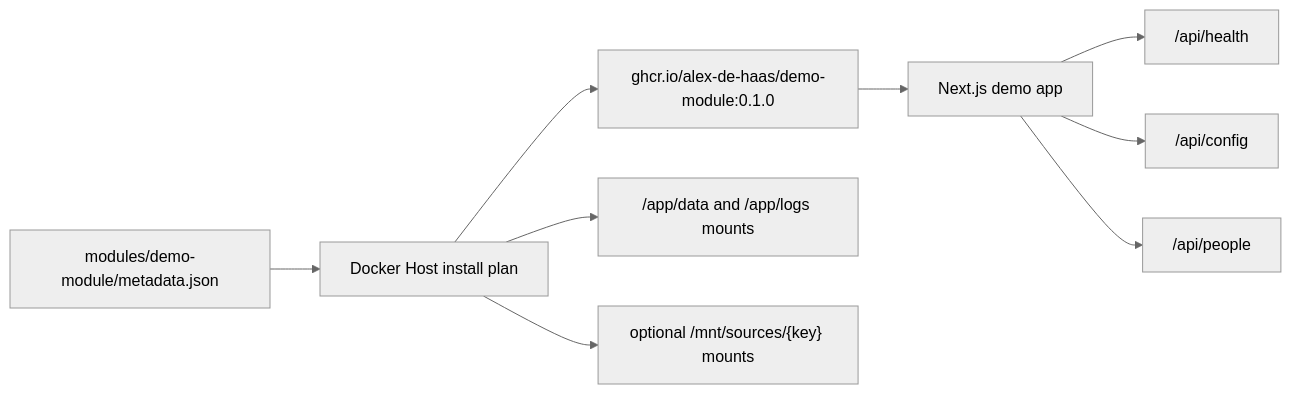
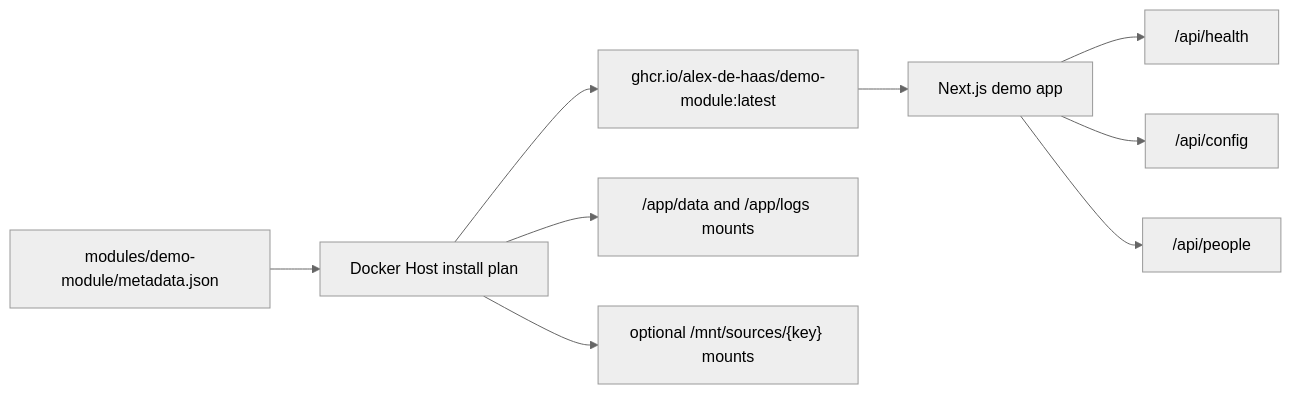
One commit to alex-de-haas/docker-host changed the diagram in docs/features/demo-module.md. Above: the diagram before and after it, drawn with Mermaid (neutral theme). The commit also changed other lines of this file and 7 other files, not shown here.

Commit message:
Use latest tag for demo module image

````diff
--- a/docs/features/demo-module.md
+++ b/docs/features/demo-module.md
@@ -9,11 +9,11 @@
 ```mermaid
 flowchart LR
   A["modules/demo-module/metadata.json"] --> B["Docker Host install plan"]
-  B --> C["ghcr.io/alex-de-haas/demo-module:0.1.0"]
+  B --> C["ghcr.io/alex-de-haas/demo-module:latest"]
   C --> D["Next.js demo app"]
   D --> E["/api/health"]
   D --> F["/api/config"]
   D --> G["/api/people"]
   B --> H["/app/data and /app/logs mounts"]
   B --> I["optional /mnt/sources/{key} mounts"]
 ```
````
